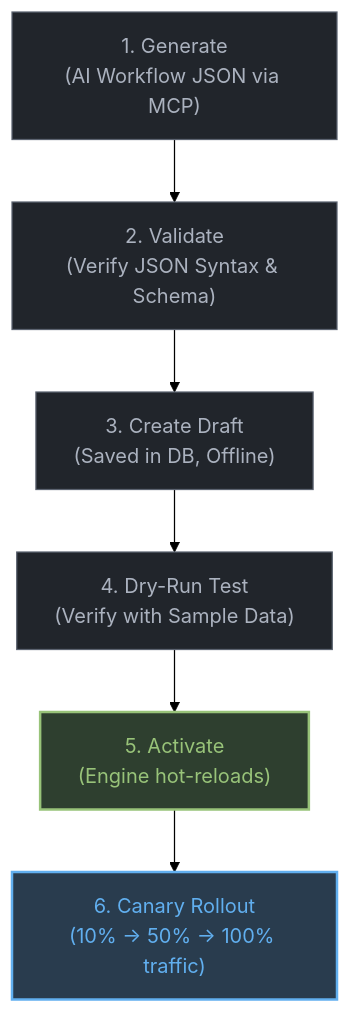
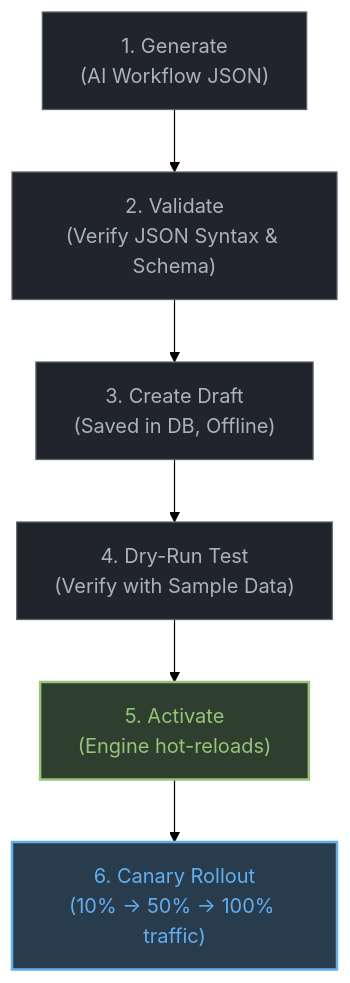
The second of 4 diagrams in README.md (GoPlasmatic/Orion), drawn with Mermaid (forest theme) before and after one commit. The commit also changed other lines of this file and 90 other files, not shown here.

````diff
--- a/README.md
+++ b/README.md
@@ -282,15 +276,15 @@
 ```mermaid
 graph TD
-    A["1. Generate<br>(AI Workflow JSON via MCP)"] --> B["2. Validate<br>(Verify JSON Syntax & Schema)"]
+    A["1. Generate<br>(AI Workflow JSON)"] --> B["2. Validate<br>(Verify JSON Syntax & Schema)"]
     B --> C["3. Create Draft<br>(Saved in DB, Offline)"]
     C --> D["4. Dry-Run Test<br>(Verify with Sample Data)"]
     D --> E["5. Activate<br>(Engine hot-reloads)"]
     E --> F["6. Canary Rollout<br>(10% → 50% → 100% traffic)"]
 
     style A fill:#21252b,stroke:#5c6370,color:#abb2bf
     style B fill:#21252b,stroke:#5c6370,color:#abb2bf
     style C fill:#21252b,stroke:#5c6370,color:#abb2bf
     style D fill:#21252b,stroke:#5c6370,color:#abb2bf
     style E fill:#2e3f2f,stroke:#98c379,stroke-width:2px,color:#98c379
     style F fill:#293c4e,stroke:#61afef,stroke-width:2px,color:#61afef
 ```
````
